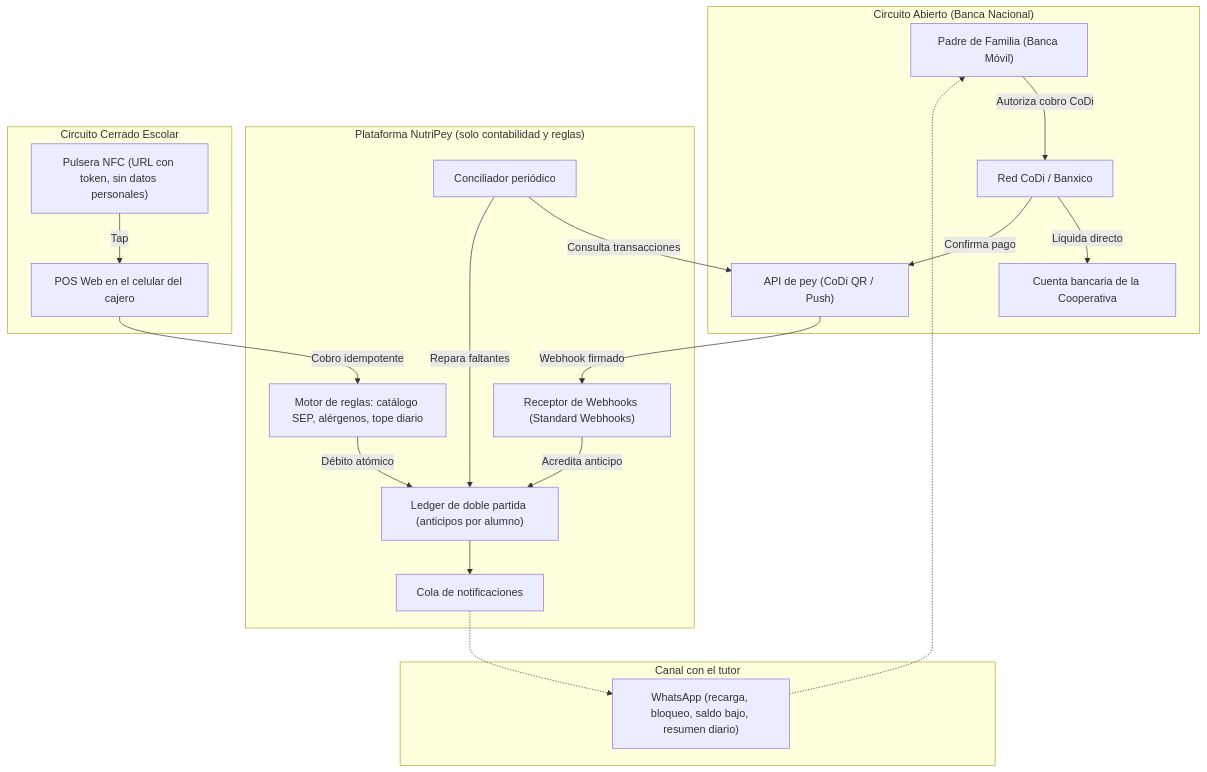
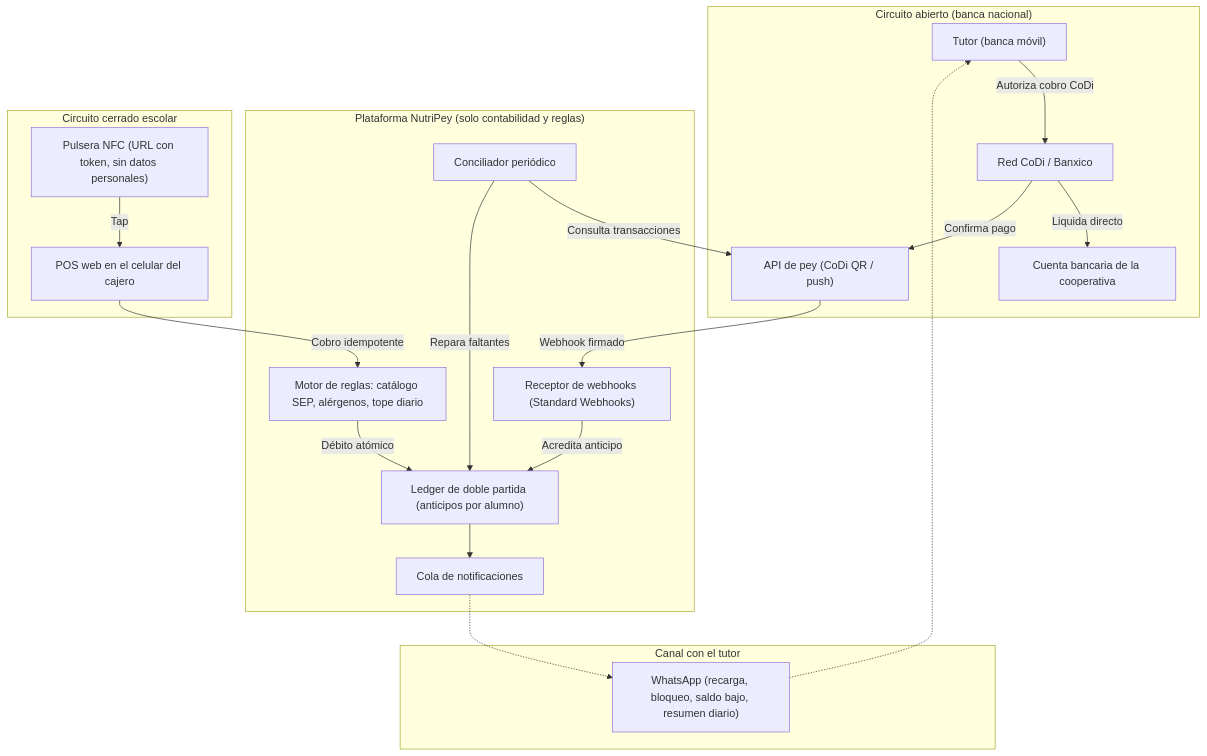
The diagram in README.md (rslnt1270/NutriPey_Hackathon_CDMX_2026), drawn with Mermaid before and after one commit. The commit also changed other lines of this file and 16 other files, not shown here.

````diff
--- a/README.md
+++ b/README.md
@@ -23,39 +24,39 @@
 ```mermaid
 flowchart TD
-    subgraph CircuitoAbierto ["Circuito Abierto (Banca Nacional)"]
-        Padre["Padre de Familia (Banca Móvil)"]
+    subgraph CircuitoAbierto ["Circuito abierto (banca nacional)"]
+        Padre["Tutor (banca móvil)"]
         Banxico["Red CoDi / Banxico"]
-        PeyAPI["API de pey (CoDi QR / Push)"]
-        CuentaCoop["Cuenta bancaria de la Cooperativa"]
+        PeyAPI["API de pey (CoDi QR / push)"]
+        CuentaCoop["Cuenta bancaria de la cooperativa"]
         Padre -->|Autoriza cobro CoDi| Banxico
         Banxico -->|Liquida directo| CuentaCoop
         Banxico -->|Confirma pago| PeyAPI
     end
 
     subgraph CorePlataforma ["Plataforma NutriPey (solo contabilidad y reglas)"]
-        WebhookHandler["Receptor de Webhooks (Standard Webhooks)"]
+        WebhookHandler["Receptor de webhooks (Standard Webhooks)"]
         Conciliador["Conciliador periódico"]
         Ledger["Ledger de doble partida (anticipos por alumno)"]
         RuleEngine["Motor de reglas: catálogo SEP, alérgenos, tope diario"]
         Outbox["Cola de notificaciones"]
         PeyAPI -->|Webhook firmado| WebhookHandler
         Conciliador -->|Consulta transacciones| PeyAPI
         WebhookHandler -->|Acredita anticipo| Ledger
         Conciliador -->|Repara faltantes| Ledger
         Ledger --> Outbox
     end
 
-    subgraph CircuitoCerrado ["Circuito Cerrado Escolar"]
+    subgraph CircuitoCerrado ["Circuito cerrado escolar"]
         Pulsera["Pulsera NFC (URL con token, sin datos personales)"]
-        POS["POS Web en el celular del cajero"]
+        POS["POS web en el celular del cajero"]
         Pulsera -->|Tap| POS
         POS -->|Cobro idempotente| RuleEngine
         RuleEngine -->|Débito atómico| Ledger
     end
 
     subgraph Notificaciones ["Canal con el tutor"]
         WhatsApp["WhatsApp (recarga, bloqueo, saldo bajo, resumen diario)"]
         Outbox -.-> WhatsApp
         WhatsApp -.-> Padre
     end
 ```
````
